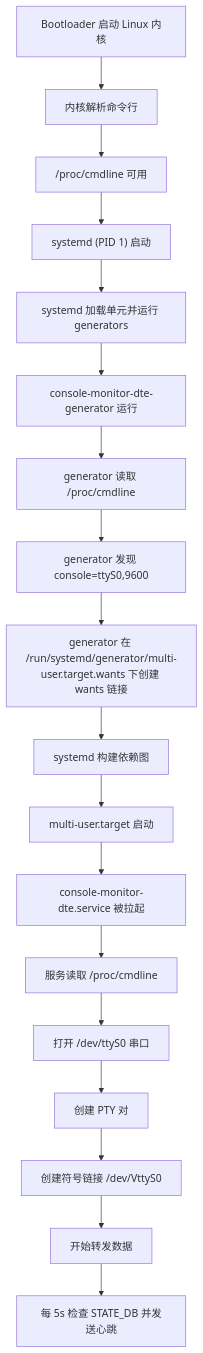
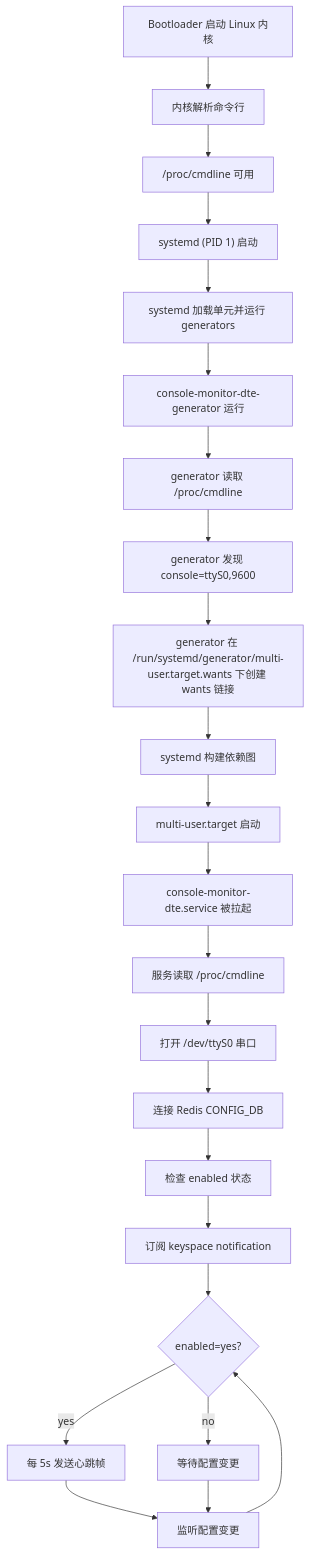
One commit to wiperi/consoled changed the third of 4 diagrams in docs/Console-Monitor-HLD-CN.md. Above: the diagram before and after it, drawn with Mermaid. The commit also changed other lines of this file and 1 other file, not shown here.

Commit message:
chore: dte side now only send heartbeat when config is enalbed

````diff
--- a/docs/Console-Monitor-HLD-CN.md
+++ b/docs/Console-Monitor-HLD-CN.md
@@ -440,20 +425,25 @@
 ```mermaid
 flowchart TD
   A["Bootloader 启动 Linux 内核"] --> B["内核解析命令行"]
   B --> C["/proc/cmdline 可用"]
   C --> D["systemd (PID 1) 启动"]
   D --> E["systemd 加载单元并运行 generators"]
   E --> F["console-monitor-dte-generator 运行"]
   F --> G["generator 读取 /proc/cmdline"]
   G --> H["generator 发现 console=ttyS0,9600"]
   H --> I["generator 在 /run/systemd/generator/multi-user.target.wants 下创建 wants 链接"]
   I --> J["systemd 构建依赖图"]
   J --> K["multi-user.target 启动"]
   K --> L["console-monitor-dte.service 被拉起"]
   L --> M["服务读取 /proc/cmdline"]
   M --> N["打开 /dev/ttyS0 串口"]
-  N --> O["创建 PTY 对"]
-  O --> P["创建符号链接 /dev/VttyS0"]
-  P --> Q["开始转发数据"]
-  Q --> R["每 5s 检查 STATE_DB 并发送心跳"]
+  N --> O["连接 Redis CONFIG_DB"]
+  O --> P["检查 enabled 状态"]
+  P --> Q["订阅 keyspace notification"]
+  Q --> R{"enabled=yes?"}
+  R -- yes --> S["每 5s 发送心跳帧"]
+  R -- no --> T["等待配置变更"]
+  S --> U["监听配置变更"]
+  T --> U
+  U --> R
 ```
````
